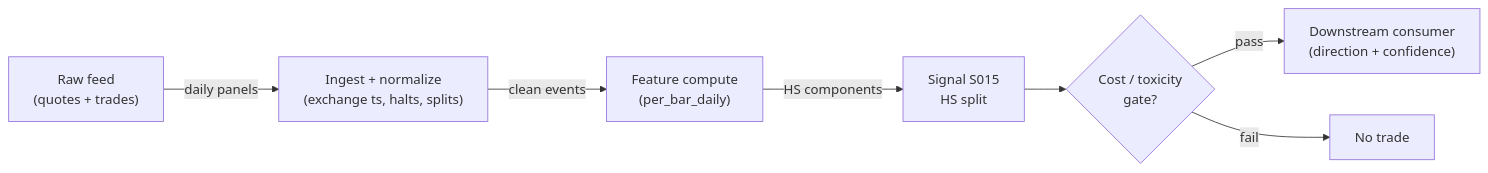
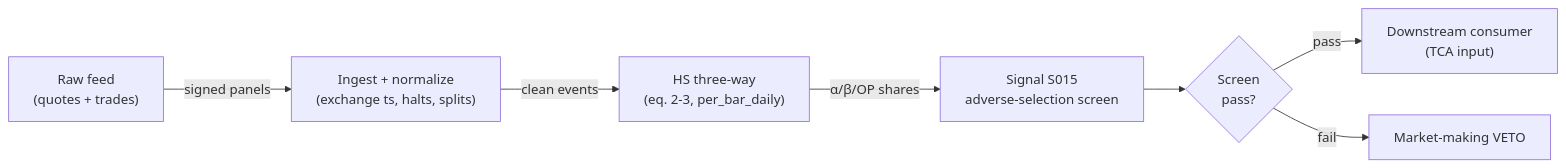
The diagram in modules/signals/S015.md (praveenguptahcl/quant-signals-deep), drawn with Mermaid before and after one commit. The commit also changed other lines of this file and 167 other files, not shown here.

````diff
--- a/modules/signals/S015.md
+++ b/modules/signals/S015.md
@@ -374,9 +469,9 @@
 ```mermaid
 flowchart LR
-    FEED["Raw feed\n(quotes + trades)"] -->|daily panels| ING["Ingest + normalize\n(exchange ts, halts, splits)"]
-    ING -->|clean events| FEAT["Feature compute\n(per_bar_daily)"]
-    FEAT -->|HS components| SIG["Signal S015\nHS split"]
-    SIG --> GATE{"Cost / toxicity\ngate?"}
-    GATE -->|pass| OUT["Downstream consumer\n(direction + confidence)"]
-    GATE -->|fail| DROP["No trade"]
+    FEED["Raw feed\n(quotes + trades)"] -->|signed panels| ING["Ingest + normalize\n(exchange ts, halts, splits)"]
+    ING -->|clean events| FEAT["HS three-way\n(eq. 2-3, per_bar_daily)"]
+    FEAT -->|α/β/OP shares| SIG["Signal S015\nadverse-selection screen"]
+    SIG --> GATE{"Screen\npass?"}
+    GATE -->|pass| OUT["Downstream consumer\n(TCA input)"]
+    GATE -->|fail| DROP["Market-making VETO"]
 ```
````
